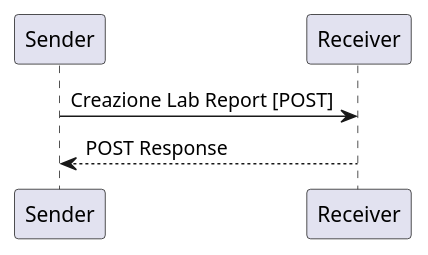
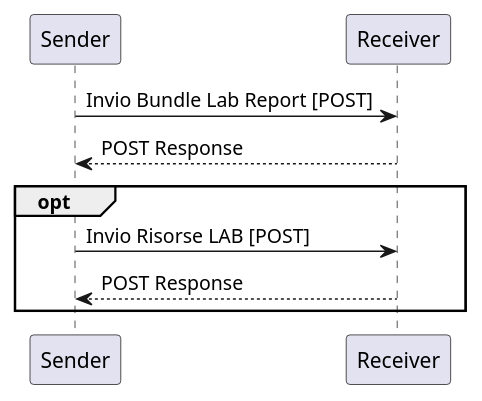
One commit to hl7-it/lab-report changed the diagram in input/images-source/alimentazione.plantuml. Above: the diagram before and after it, drawn with PlantUML. The commit also changed 41 other files, not shown here.

```diff
--- a/input/images-source/alimentazione.plantuml
+++ b/input/images-source/alimentazione.plantuml
@@ -1,4 +1,8 @@
 @startuml
-Sender -> Receiver: Creazione Lab Report [POST]
+Sender -> Receiver: Invio Bundle Lab Report [POST]
 Receiver --> Sender: POST Response
+opt
+Sender -> Receiver: Invio Risorse LAB [POST]
+Receiver --> Sender: POST Response
+end
 @enduml
```
